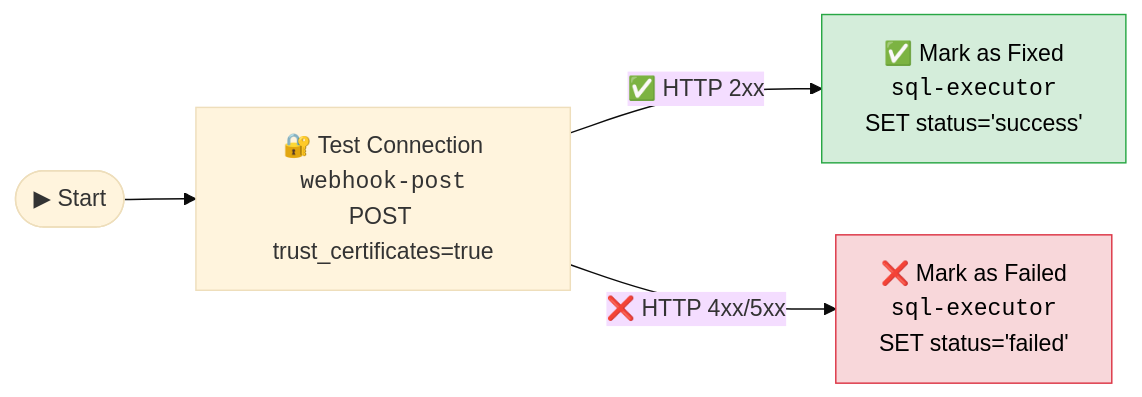
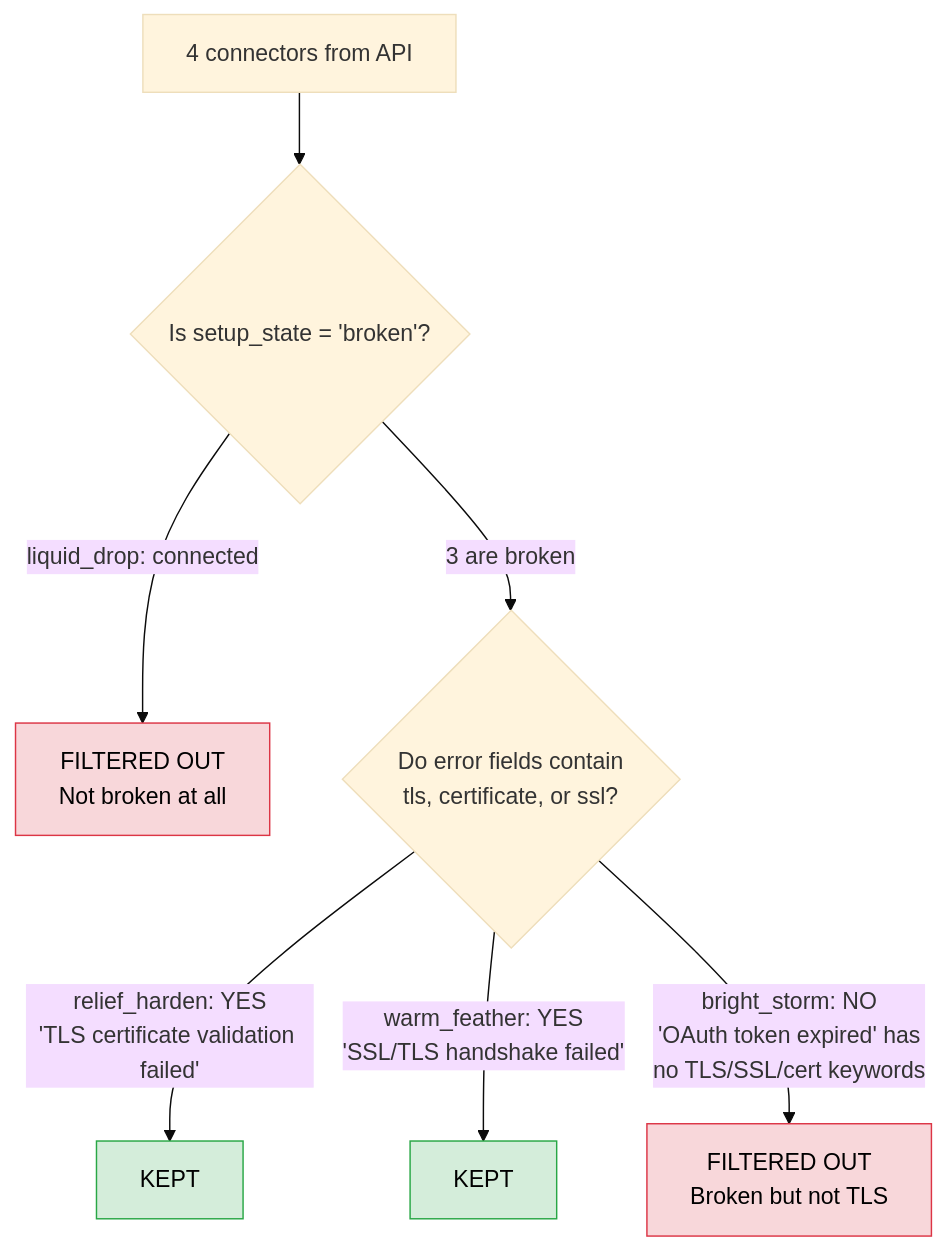
The seventh of 13 diagrams in README.md (AvinashAnalytics/matillion-fivetran-tls-auto-fix), drawn with Mermaid (base theme) before and after one commit. The commit also changed other lines of this file, not shown here.

````diff
--- a/README.md
+++ b/README.md
@@ -631,9 +899,14 @@
 ```mermaid
-flowchart LR
-    S(["▶ Start"]) --> T["🔐 Test Connection<br><code>webhook-post</code><br>POST trust_certificates=true"]
-    T -- "✅ HTTP 2xx" --> F["✅ Mark as Fixed<br><code>sql-executor</code><br>SET status='success'"]
-    T -- "❌ HTTP 4xx/5xx" --> X["❌ Mark as Failed<br><code>sql-executor</code><br>SET status='failed'"]
+flowchart TB
+    A["4 connectors from API"] --> B{"Is setup_state = 'broken'?"}
+    B -- "liquid_drop: connected" --> OUT1["FILTERED OUT<br>Not broken at all"]
+    B -- "3 are broken" --> C{"Do error fields contain<br>tls, certificate, or ssl?"}
+    C -- "relief_harden: YES<br>'TLS certificate validation failed'" --> KEEP1["KEPT"]
+    C -- "warm_feather: YES<br>'SSL/TLS handshake failed'" --> KEEP2["KEPT"]
+    C -- "bright_storm: NO<br>'OAuth token expired' has<br>no TLS/SSL/cert keywords" --> OUT2["FILTERED OUT<br>Broken but not TLS"]
 
-    style F fill:#d4edda,stroke:#28a745,color:#000
-    style X fill:#f8d7da,stroke:#dc3545,color:#000
+    style OUT1 fill:#f8d7da,stroke:#dc3545,color:#000
+    style OUT2 fill:#f8d7da,stroke:#dc3545,color:#000
+    style KEEP1 fill:#d4edda,stroke:#28a745,color:#000
+    style KEEP2 fill:#d4edda,stroke:#28a745,color:#000
 ```
````
